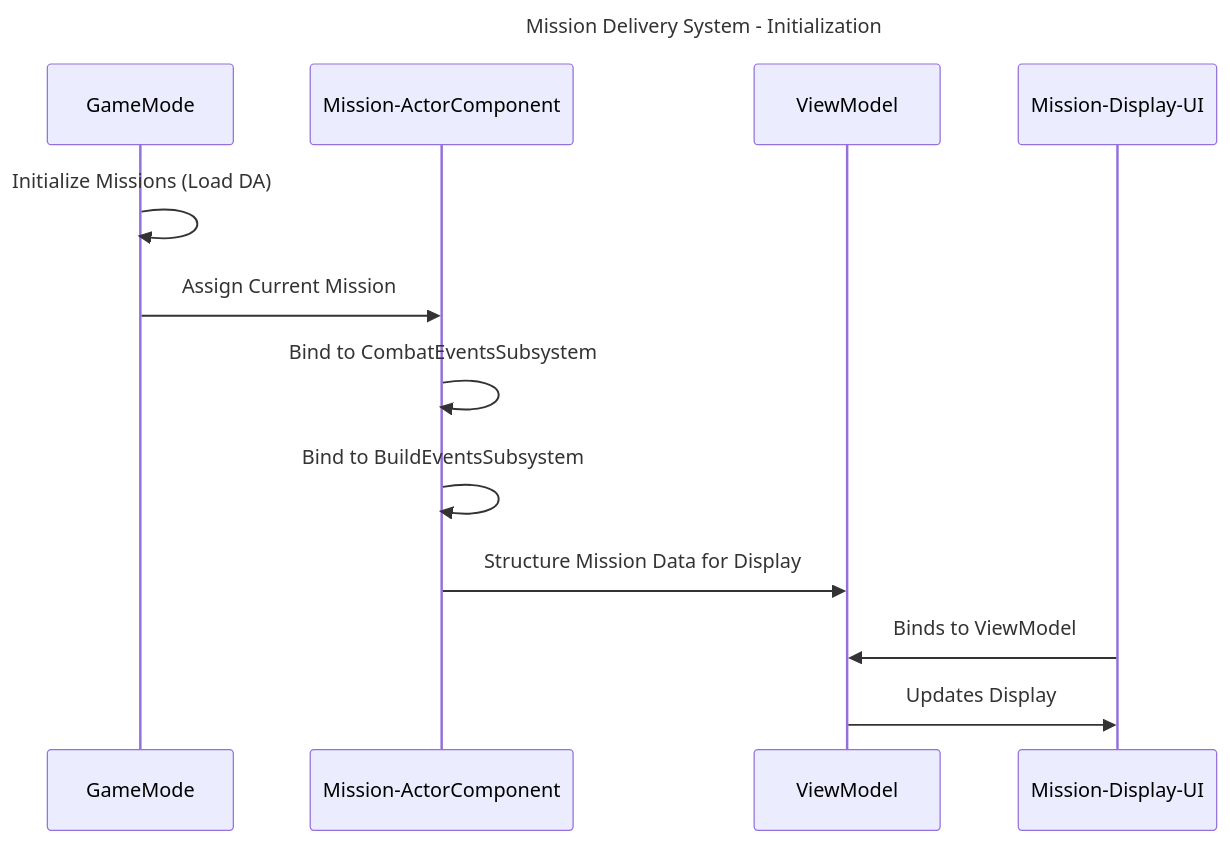
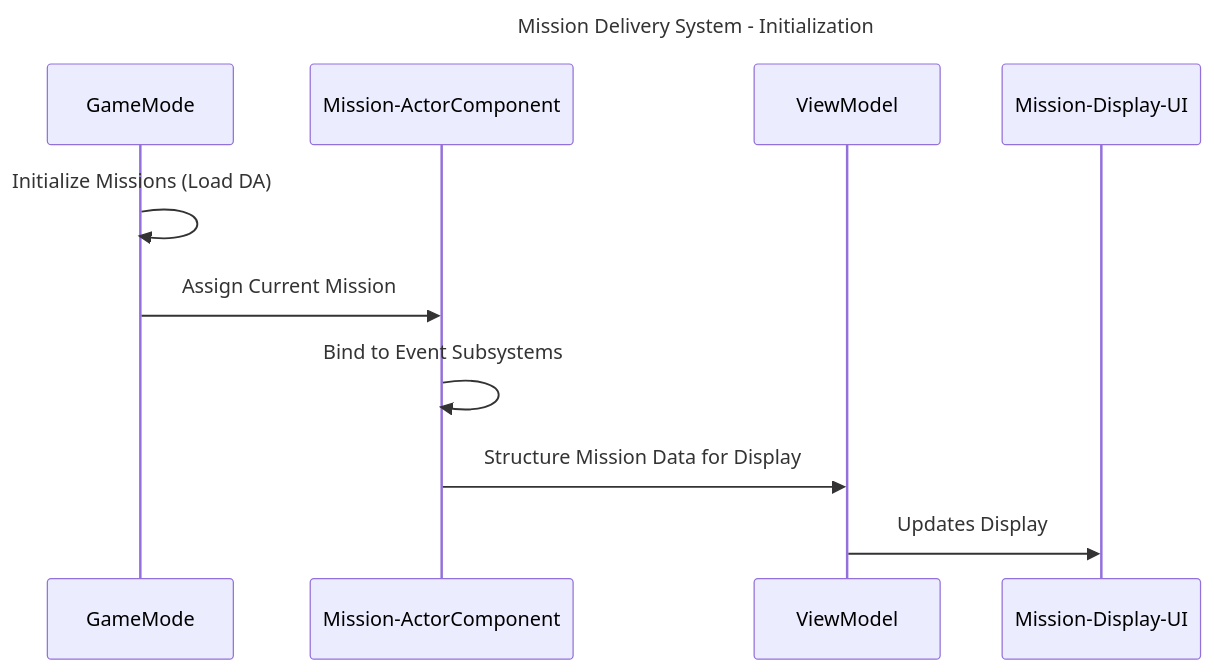
The second of 4 diagrams in Docs/MissionDeliverySystem.md (unrealrobin/timbermvp), drawn with Mermaid before and after one commit. The commit also changed other lines of this file and 13 other files, not shown here.

````diff
--- a/Docs/MissionDeliverySystem.md
+++ b/Docs/MissionDeliverySystem.md
@@ -15,19 +31,17 @@
 ```mermaid
 ---
 title: Mission Delivery System - Initialization
 ---
 sequenceDiagram
     participant GameMode
     participant Mission-ActorComponent
     participant ViewModel
     participant Mission-Display-UI
     
     GameMode->>GameMode: Initialize Missions (Load DA)
     GameMode->>Mission-ActorComponent: Assign Current Mission
-    Mission-ActorComponent->>Mission-ActorComponent: Bind to CombatEventsSubsystem
-    Mission-ActorComponent->>Mission-ActorComponent: Bind to BuildEventsSubsystem
+    Mission-ActorComponent->>Mission-ActorComponent: Bind to Event Subsystems
     Mission-ActorComponent->>ViewModel: Structure Mission Data for Display
-    Mission-Display-UI->>ViewModel: Binds to ViewModel
     ViewModel->>Mission-Display-UI: Updates Display
 
 ```
````
